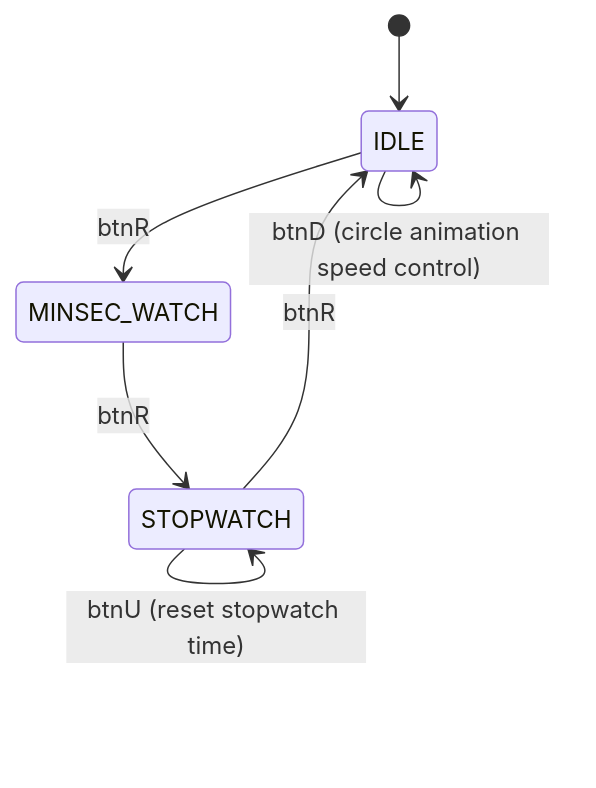
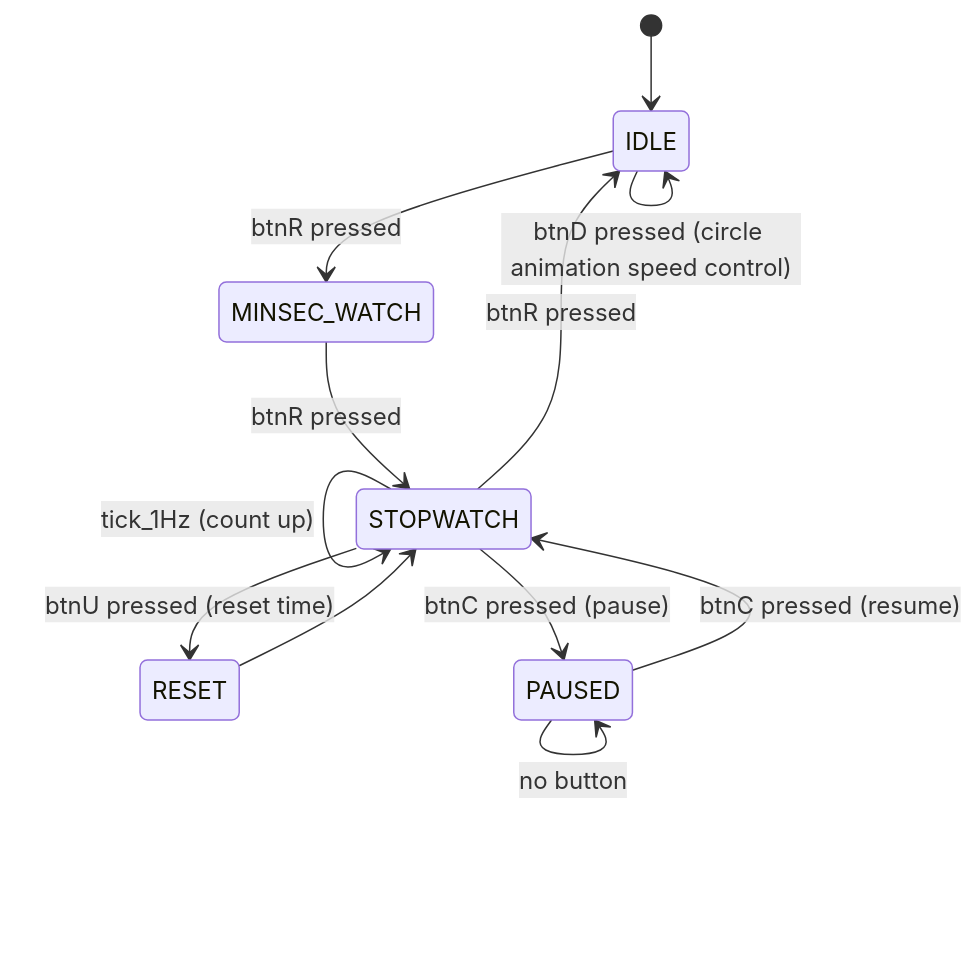
The fifth of 5 diagrams in 15.BESPOKE/README.md (SE0NGH0/AI_Verilog_HDL), drawn with Mermaid before and after one commit.

````diff
--- a/15.BESPOKE/README.md
+++ b/15.BESPOKE/README.md
@@ -127,10 +127,14 @@
 ```mermaid
 stateDiagram-v2
     [*] --> IDLE
-    IDLE --> IDLE: btnD (circle animation speed control)
-    IDLE --> MINSEC_WATCH: btnR
-    MINSEC_WATCH --> STOPWATCH: btnR
-    STOPWATCH --> IDLE: btnR
-    STOPWATCH --> STOPWATCH: btnC (start/pause toggle)
-    STOPWATCH --> STOPWATCH: btnU (reset stopwatch time)
+    IDLE --> IDLE: btnD pressed (circle animation speed control)
+    IDLE --> MINSEC_WATCH: btnR pressed
+    MINSEC_WATCH --> STOPWATCH: btnR pressed
+    STOPWATCH --> IDLE: btnR pressed
+    STOPWATCH --> PAUSED: btnC pressed (pause)
+    PAUSED --> STOPWATCH: btnC pressed (resume)
+    STOPWATCH --> STOPWATCH: tick_1Hz (count up)
+    PAUSED --> PAUSED: no button
+    STOPWATCH --> RESET: btnU pressed (reset time)
+    RESET --> STOPWATCH
 ```
````
